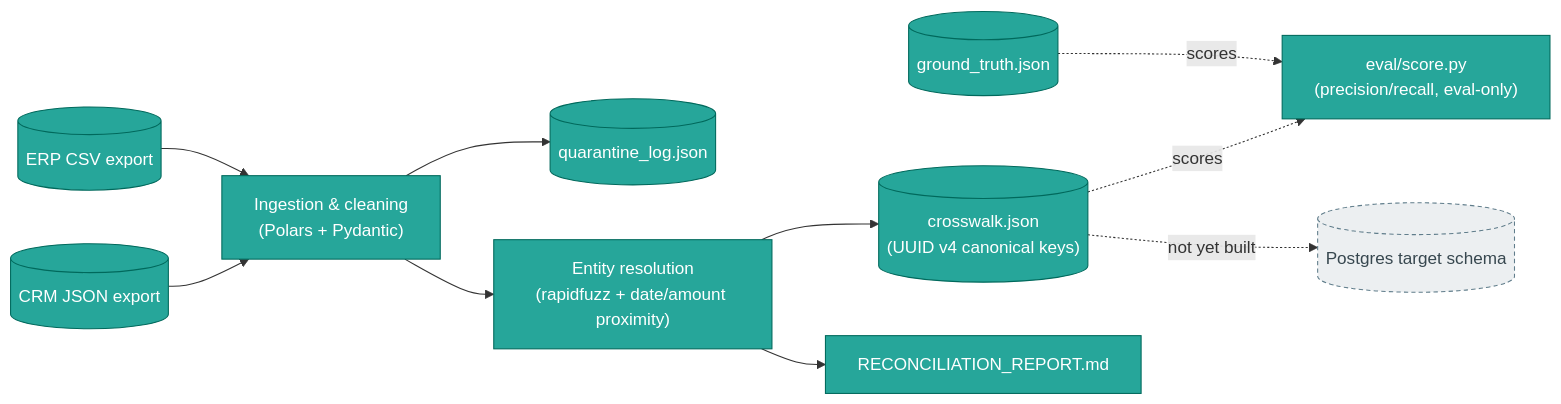
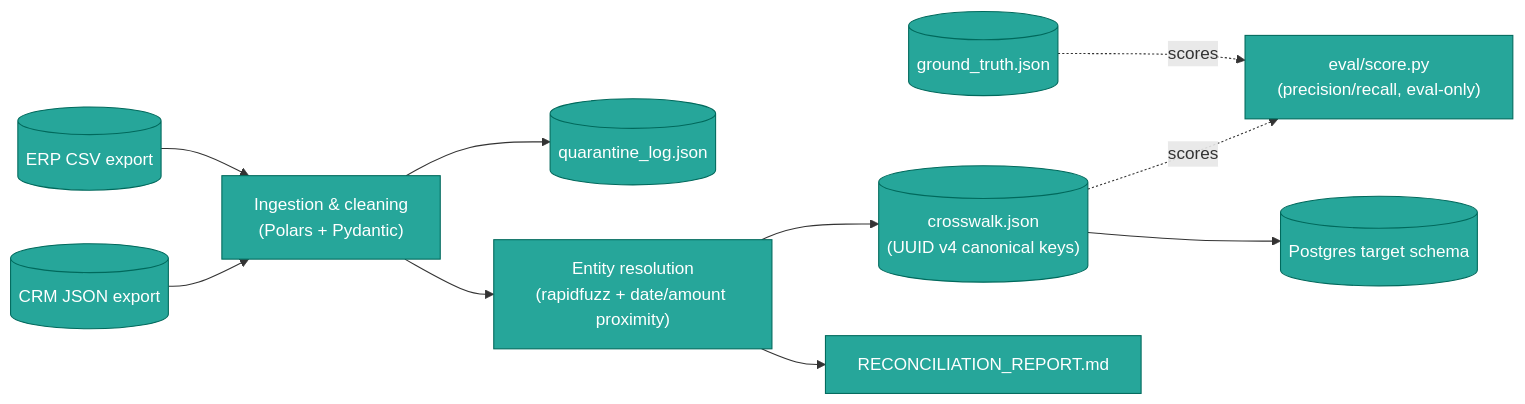
Before and after one commit to henrymbuguak/erp-crm-reconciliation-pipeline: the second of 3 diagrams in docs/architecture.md, drawn with Mermaid. The commit also changed other lines of this file and 13 other files, not shown here.

````diff
--- a/docs/architecture.md
+++ b/docs/architecture.md
@@ -75,23 +75,22 @@
 ```mermaid
 flowchart LR
     ERP[("ERP CSV export")]:::done
     CRM[("CRM JSON export")]:::done
     GT[("ground_truth.json")]:::done
 
     ERP --> Ingest
     CRM --> Ingest
     Ingest["Ingestion & cleaning<br/>(Polars + Pydantic)"]:::done
 
     Ingest --> Quarantine[("quarantine_log.json")]:::done
     Ingest --> Resolve["Entity resolution<br/>(rapidfuzz + date/amount proximity)"]:::done
 
     Resolve --> Crosswalk[("crosswalk.json<br/>(UUID v4 canonical keys)")]:::done
     GT -.scores.-> Score["eval/score.py<br/>(precision/recall, eval-only)"]:::done
     Resolve --> Report["RECONCILIATION_REPORT.md"]:::done
     Crosswalk -.scores.-> Score
 
-    Crosswalk -.->|not yet built| Postgres[("Postgres target schema")]:::planned
+    Crosswalk --> Postgres[("Postgres target schema")]:::done
 
     classDef done fill:#26a69a,stroke:#00695c,color:#fff;
-    classDef planned fill:#eceff1,stroke:#607d8b,stroke-dasharray: 4 3,color:#37474f;
 ```
````
